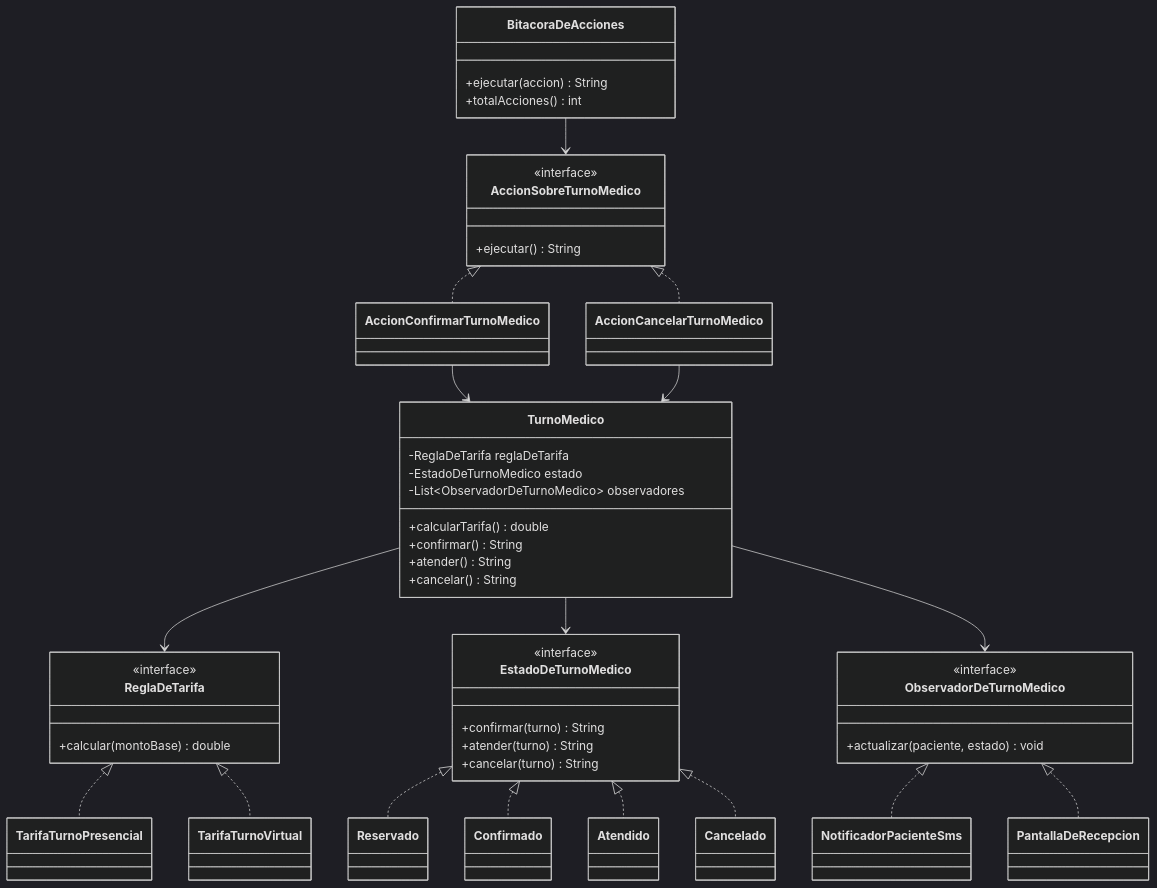
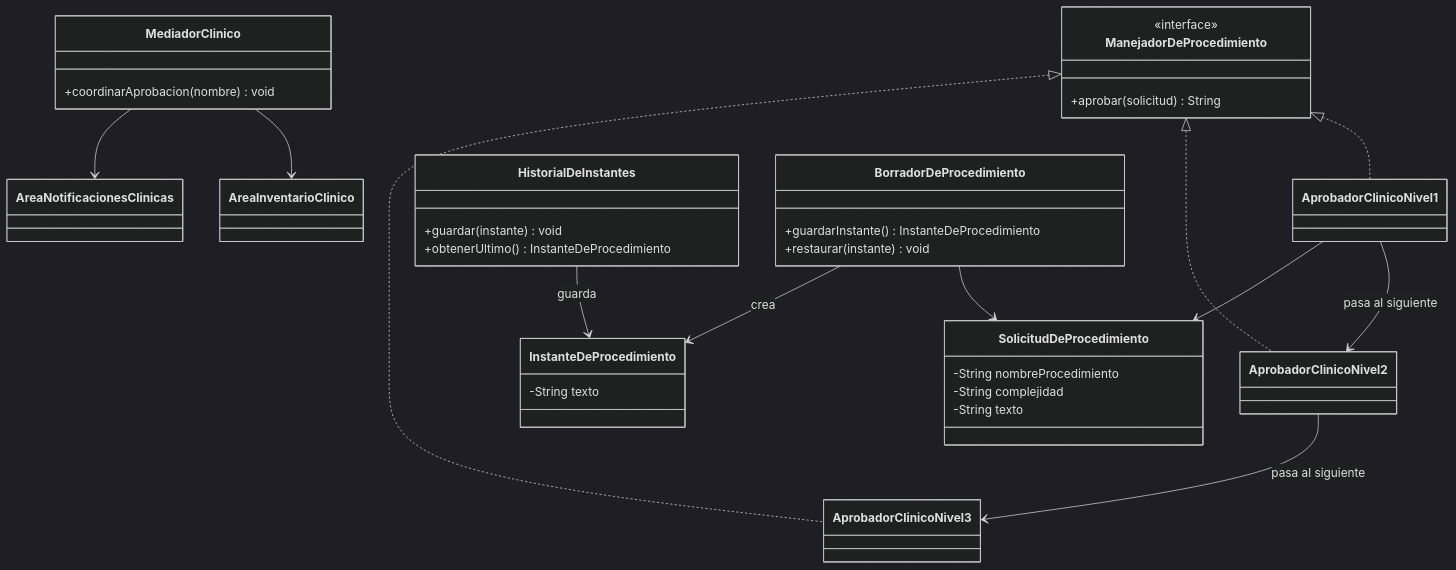
The diagram in generador-cursos/curso-java/14-patrones-comportamiento/material/soluciones/solucion-taller-01.md (crodrigr/skill-java), drawn with Mermaid (dark theme) before and after one commit. The commit also changed other lines of this file and 59 other files, not shown here.

````diff
--- a/generador-cursos/curso-java/14-patrones-comportamiento/material/soluciones/solucion-taller-01.md
+++ b/generador-cursos/curso-java/14-patrones-comportamiento/material/soluciones/solucion-taller-01.md
@@ -7,64 +7,45 @@
 ```mermaid
 classDiagram
-    class ReglaDeTarifa {
+    class SolicitudDeProcedimiento {
+        -String nombreProcedimiento
+        -String complejidad
+        -String texto
+    }
+
+    class ManejadorDeProcedimiento {
         <<interface>>
-        +calcular(montoBase) double
+        +aprobar(solicitud) String
     }
-    class TarifaTurnoPresencial
-    class TarifaTurnoVirtual
-    ReglaDeTarifa <|.. TarifaTurnoPresencial
-    ReglaDeTarifa <|.. TarifaTurnoVirtual
+    class AprobadorClinicoNivel1
+    class AprobadorClinicoNivel2
+    class AprobadorClinicoNivel3
+    ManejadorDeProcedimiento <|.. AprobadorClinicoNivel1
+    ManejadorDeProcedimiento <|.. AprobadorClinicoNivel2
+    ManejadorDeProcedimiento <|.. AprobadorClinicoNivel3
+    AprobadorClinicoNivel1 --> AprobadorClinicoNivel2 : pasa al siguiente
+    AprobadorClinicoNivel2 --> AprobadorClinicoNivel3 : pasa al siguiente
+    AprobadorClinicoNivel1 --> SolicitudDeProcedimiento
 
-    class EstadoDeTurnoMedico {
-        <<interface>>
-        +confirmar(turno) String
-        +atender(turno) String
-        +cancelar(turno) String
+    class MediadorClinico {
+        +coordinarAprobacion(nombre) void
     }
-    class Reservado
-    class Confirmado
-    class Atendido
-    class Cancelado
-    EstadoDeTurnoMedico <|.. Reservado
-    EstadoDeTurnoMedico <|.. Confirmado
-    EstadoDeTurnoMedico <|.. Atendido
-    EstadoDeTurnoMedico <|.. Cancelado
+    class AreaInventarioClinico
+    class AreaNotificacionesClinicas
+    MediadorClinico --> AreaInventarioClinico
+    MediadorClinico --> AreaNotificacionesClinicas
 
-    class ObservadorDeTurnoMedico {
-        <<interface>>
-        +actualizar(paciente, estado) void
+    class InstanteDeProcedimiento {
+        -String texto
     }
-    class NotificadorPacienteSms
-    class PantallaDeRecepcion
-    ObservadorDeTurnoMedico <|.. NotificadorPacienteSms
-    ObservadorDeTurnoMedico <|.. PantallaDeRecepcion
-
-    class AccionSobreTurnoMedico {
-        <<interface>>
-        +ejecutar() String
+    class HistorialDeInstantes {
+        +guardar(instante) void
+        +obtenerUltimo() InstanteDeProcedimiento
     }
-    class AccionConfirmarTurnoMedico
-    class AccionCancelarTurnoMedico
-    class BitacoraDeAcciones {
-        +ejecutar(accion) String
-        +totalAcciones() int
+    class BorradorDeProcedimiento {
+        +guardarInstante() InstanteDeProcedimiento
+        +restaurar(instante) void
     }
-    AccionSobreTurnoMedico <|.. AccionConfirmarTurnoMedico
-    AccionSobreTurnoMedico <|.. AccionCancelarTurnoMedico
-    BitacoraDeAcciones --> AccionSobreTurnoMedico
-
-    class TurnoMedico {
-        -ReglaDeTarifa reglaDeTarifa
-        -EstadoDeTurnoMedico estado
-        -List~ObservadorDeTurnoMedico~ observadores
-        +calcularTarifa() double
-        +confirmar() String
-        +atender() String
-        +cancelar() String
-    }
-    TurnoMedico --> ReglaDeTarifa
-    TurnoMedico --> EstadoDeTurnoMedico
-    TurnoMedico --> ObservadorDeTurnoMedico
-    AccionConfirmarTurnoMedico --> TurnoMedico
-    AccionCancelarTurnoMedico --> TurnoMedico
+    BorradorDeProcedimiento --> SolicitudDeProcedimiento
+    BorradorDeProcedimiento --> InstanteDeProcedimiento : crea
+    HistorialDeInstantes --> InstanteDeProcedimiento : guarda
 ```
````
